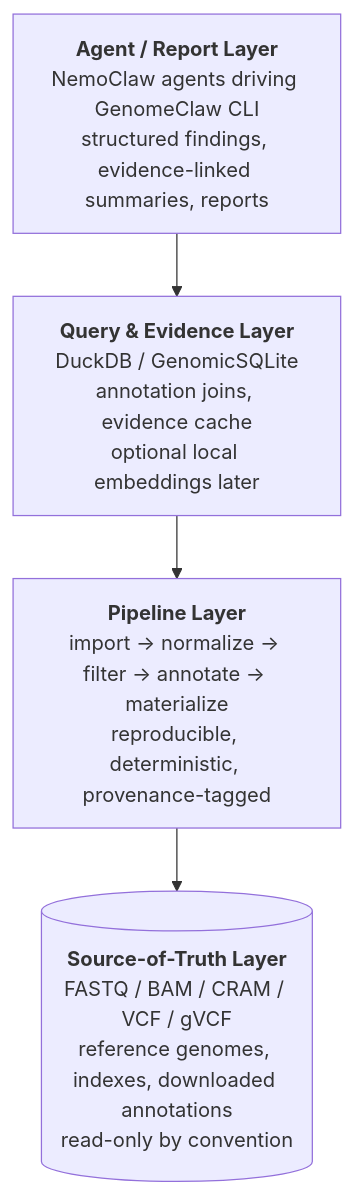
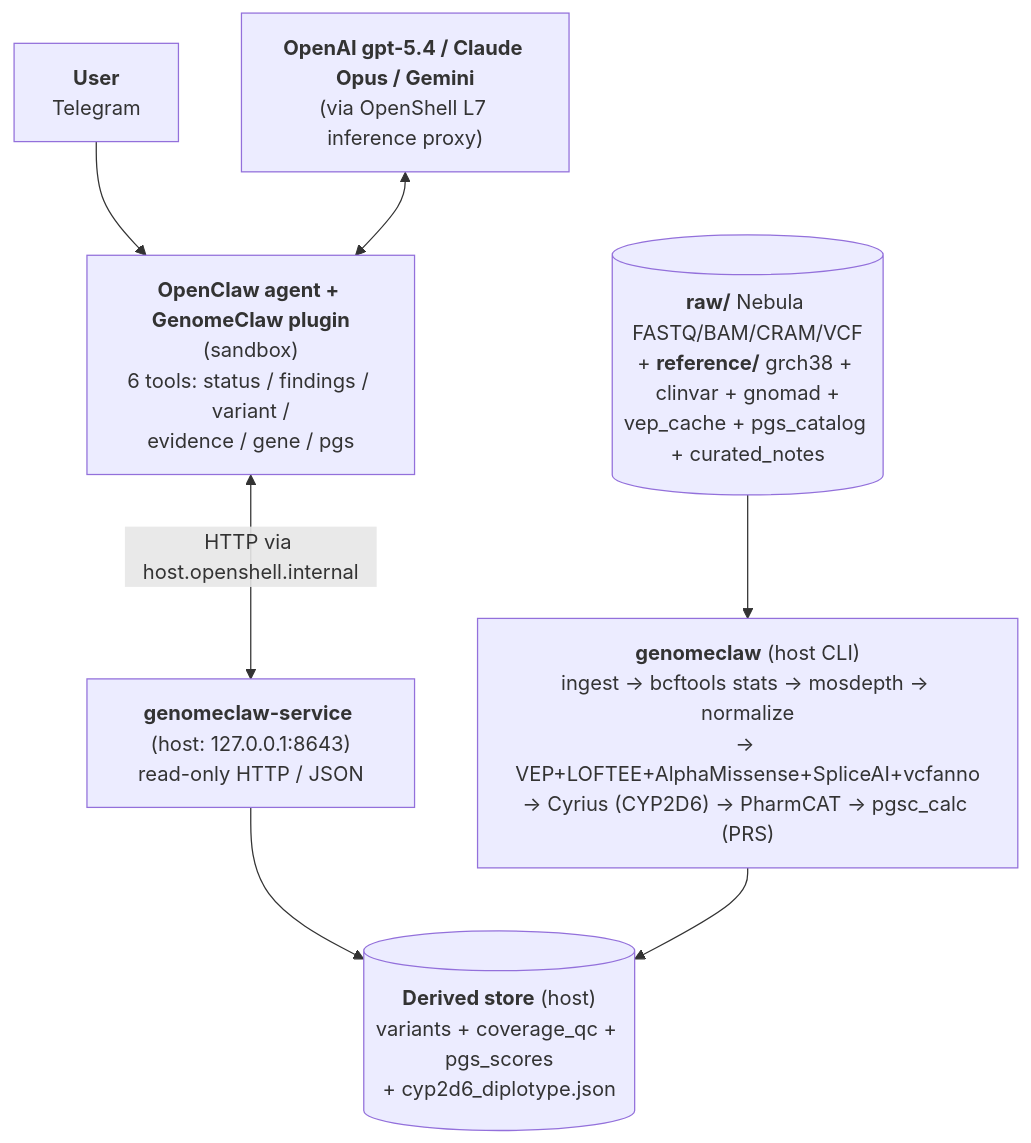
Before and after one commit to aerugo/GenomeClaw: the diagram in README.md, drawn with Mermaid. The commit also changed other lines of this file, not shown here.

````diff
--- a/README.md
+++ b/README.md
@@ -57,8 +129,17 @@
 ```mermaid
 flowchart TB
-    A["<b>Agent / Report Layer</b><br/>NemoClaw agents driving GenomeClaw CLI<br/>structured findings, evidence-linked summaries, reports"]
-    B["<b>Query &amp; Evidence Layer</b><br/>DuckDB / GenomicSQLite<br/>annotation joins, evidence cache<br/>optional local embeddings later"]
-    C["<b>Pipeline Layer</b><br/>import → normalize → filter → annotate → materialize<br/>reproducible, deterministic, provenance-tagged"]
-    D[("<b>Source-of-Truth Layer</b><br/>FASTQ / BAM / CRAM / VCF / gVCF<br/>reference genomes, indexes, downloaded annotations<br/>read-only by convention")]
-    A --> B --> C --> D
+    User["<b>User</b><br/>Telegram"]
+    LLM["<b>OpenAI gpt-5.4 / Claude Opus / Gemini</b><br/>(via OpenShell L7 inference proxy)"]
+    Agent["<b>OpenClaw agent + GenomeClaw plugin</b><br/>(sandbox)<br/>6 tools: status / findings / variant /<br/>evidence / gene / pgs"]
+    Service["<b>genomeclaw-service</b> (host: 127.0.0.1:8643)<br/>read-only HTTP / JSON"]
+    Store[("<b>Derived store</b> (host)<br/>variants + coverage_qc + pgs_scores<br/>+ cyp2d6_diplotype.json")]
+    Prep["<b>genomeclaw</b> (host CLI)<br/>ingest → bcftools stats → mosdepth → normalize<br/>→ VEP+LOFTEE+AlphaMissense+SpliceAI+vcfanno<br/>→ Cyrius (CYP2D6) → PharmCAT → pgsc_calc (PRS)"]
+    Raw[("<b>raw/</b> Nebula FASTQ/BAM/CRAM/VCF<br/>+ <b>reference/</b> grch38 + clinvar + gnomad +<br/>vep_cache + pgs_catalog + curated_notes")]
+
+    User --> Agent
+    LLM <--> Agent
+    Agent <-->|"HTTP via host.openshell.internal"| Service
+    Service --> Store
+    Prep --> Store
+    Raw --> Prep
 ```
````
